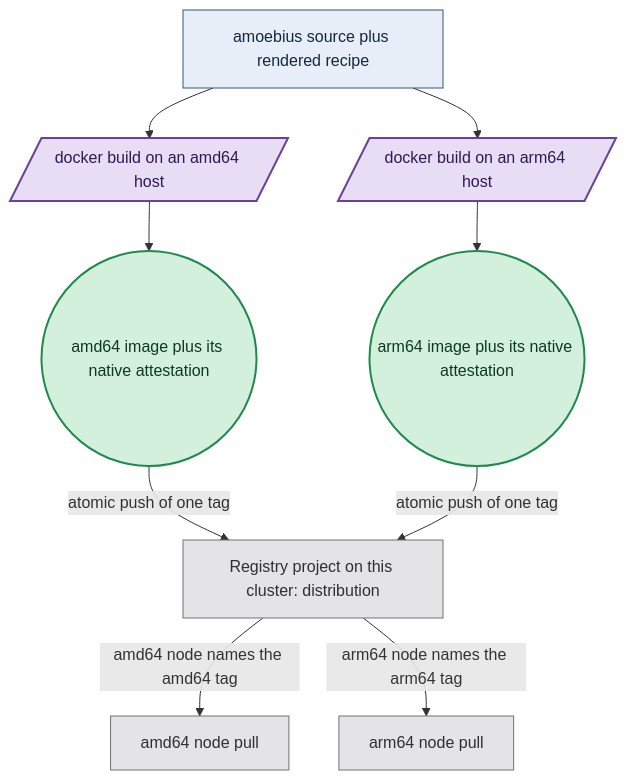
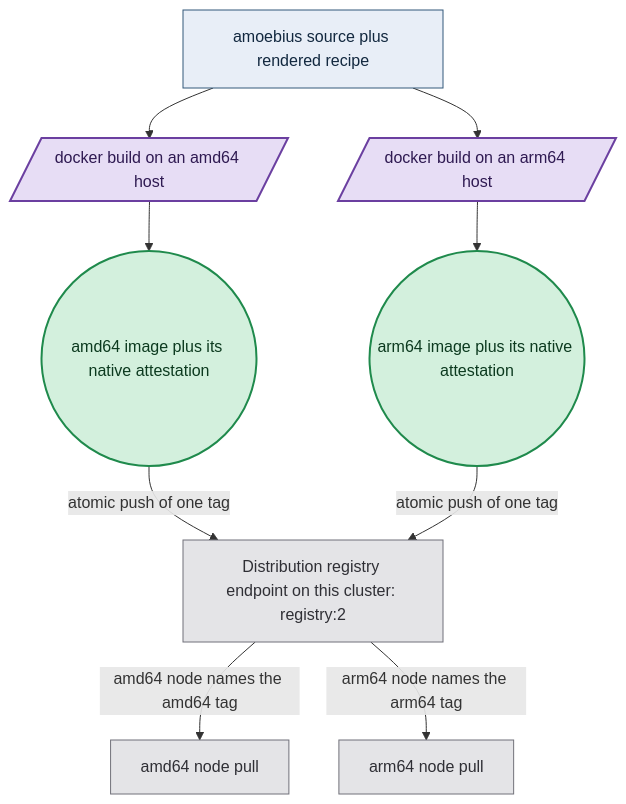
One commit to Tuee22/amoebius changed the second of 2 diagrams in documents/engineering/image_build_doctrine.md. Above: the diagram before and after it, drawn with Mermaid. The commit also changed other lines of this file and 219 other files, not shown here.

````diff
--- a/documents/engineering/image_build_doctrine.md
+++ b/documents/engineering/image_build_doctrine.md
@@ -237,16 +243,16 @@
 ```mermaid
 flowchart TD
 %% register: algebra
   src["amoebius source plus rendered recipe"]:::intent --> bxa[/"docker build on an amd64 host"/]:::effect
   src --> bxb[/"docker build on an arm64 host"/]:::effect
   bxa --> ata(("amd64 image plus its native attestation")):::seal
   bxb --> atb(("arm64 image plus its native attestation")):::seal
-  ata -->|atomic push of one tag| reg["Registry project on this cluster: distribution"]:::runtime
+  ata -->|atomic push of one tag| reg["Distribution registry endpoint on this cluster: registry:2"]:::runtime
   atb -->|atomic push of one tag| reg
   reg -->|amd64 node names the amd64 tag| amd["amd64 node pull"]:::runtime
   reg -->|arm64 node names the arm64 tag| arm["arm64 node pull"]:::runtime
   classDef intent   fill:#e8eef7,stroke:#33587a,color:#12283f,stroke-width:1px
   classDef effect   fill:#e7ddf5,stroke:#6b3fa0,color:#2f1a52,stroke-width:2px
   classDef seal     fill:#d3f0dd,stroke:#1f8a4c,color:#0c3a1f,stroke-width:2px
   classDef runtime  fill:#e4e4e7,stroke:#71717a,color:#2f2f35,stroke-width:1px
 ```
````
